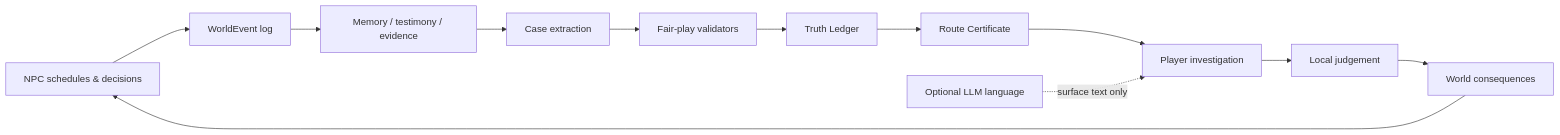
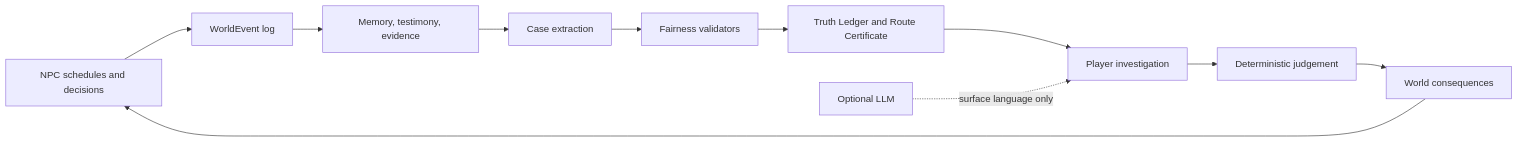
One commit to wangyufanshuai/detective-novel-lab changed the diagram in README.md. Above: the diagram before and after it, drawn with Mermaid. The commit also changed other lines of this file, not shown here.

````diff
--- a/README.md
+++ b/README.md
@@ -116,14 +134,13 @@
 ```mermaid
 flowchart LR
-    S[NPC schedules & decisions] --> E[WorldEvent log]
-    E --> M[Memory / testimony / evidence]
-    M --> X[Case extraction]
-    X --> F[Fair-play validators]
-    F --> T[Truth Ledger]
-    T --> R[Route Certificate]
-    R --> P[Player investigation]
-    P --> J[Local judgement]
-    J --> C[World consequences]
-    C --> S
-    L[Optional LLM language] -. surface text only .-> P
+    A[NPC schedules and decisions] --> B[WorldEvent log]
+    B --> C[Memory, testimony, evidence]
+    C --> D[Case extraction]
+    D --> E[Fairness validators]
+    E --> F[Truth Ledger and Route Certificate]
+    F --> G[Player investigation]
+    G --> H[Deterministic judgement]
+    H --> I[World consequences]
+    I --> A
+    L[Optional LLM] -. surface language only .-> G
 ```
````
